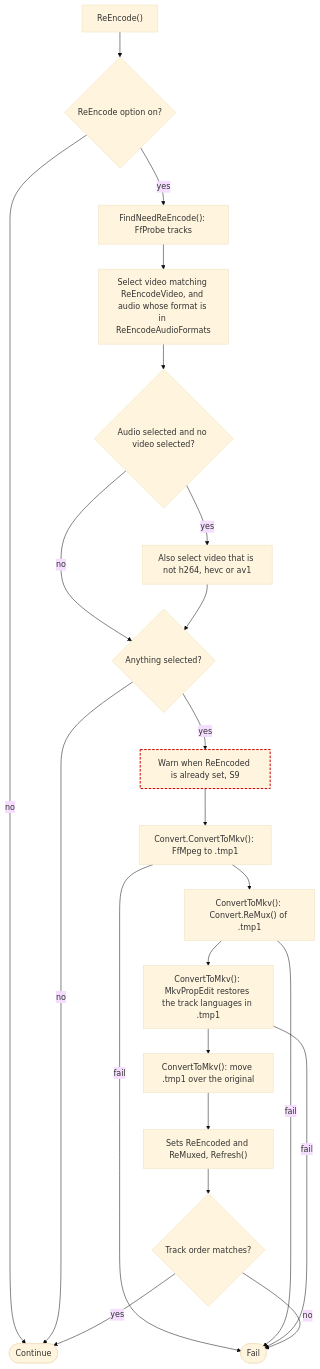
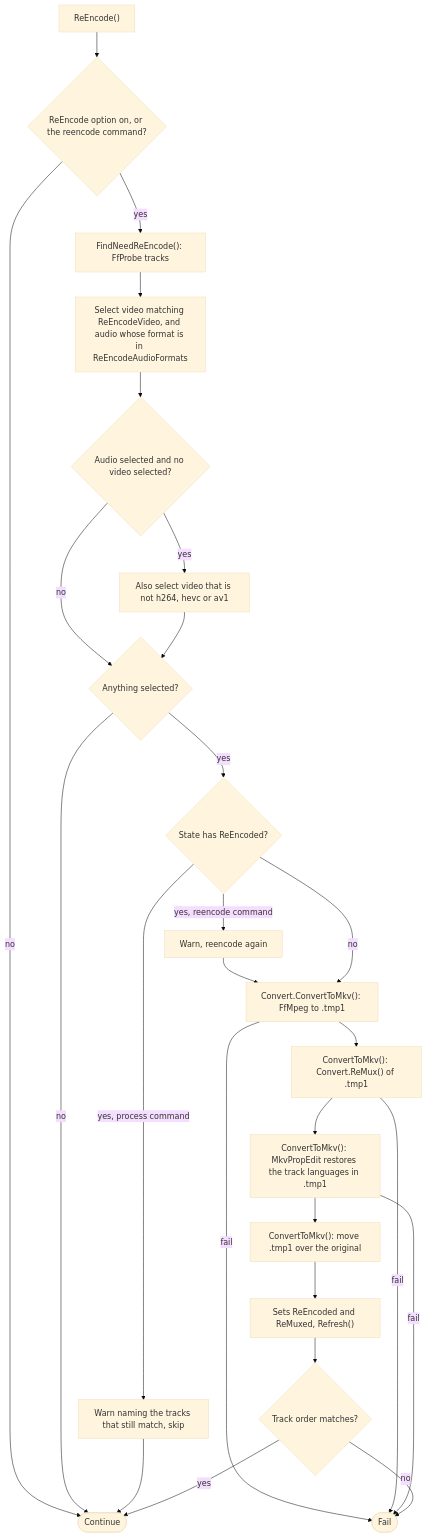
Before and after one commit to ptr727/PlexCleaner: diagram 18 of 19 in ARCHITECTURE.md, drawn with Mermaid (base theme). The commit also changed other lines of this file, not shown here.

First line of the commit message:
Redraw Fixed Branches and Split Wide Charts in ARCHITECTURE.md (#1131)

````diff
--- a/ARCHITECTURE.md
+++ b/ARCHITECTURE.md
@@ -628,25 +719,28 @@
 ```mermaid
 flowchart TD
-  A0["ReEncode()"] --> A1{"ReEncode option on?"}
+  A0["ReEncode()"] --> A1{"ReEncode option on, or the reencode command?"}
   A1 -->|no| AOK(["Continue"])
   A1 -->|yes| S0["FindNeedReEncode(): FfProbe tracks"]
   S0 --> S1["Select video matching ReEncodeVideo, and audio whose format is in ReEncodeAudioFormats"]
   S1 --> S2{"Audio selected and no video selected?"}
   S2 -->|yes| S3["Also select video that is not h264, hevc or av1"]
   S2 -->|no| S4
   S3 --> S4{"Anything selected?"}
   S4 -->|no| AOK
-  S4 -->|yes| S5["Warn when ReEncoded is already set, S9"]:::suspect
-  S5 --> C1["Convert.ConvertToMkv(): FfMpeg to .tmp1"]
+  S4 -->|yes| S5{"State has ReEncoded?"}
+  S5 -->|"yes, process command"| SKIP["Warn naming the tracks that still match, skip"]
+  SKIP --> AOK
+  S5 -->|"yes, reencode command"| AGAIN["Warn, reencode again"]
+  AGAIN --> C1
+  S5 -->|no| C1["Convert.ConvertToMkv(): FfMpeg to .tmp1"]
   C1 -->|fail| FAIL(["Fail"])
   C1 --> C2["ConvertToMkv(): Convert.ReMux() of .tmp1"]
   C2 -->|fail| FAIL
   C2 --> C3["ConvertToMkv(): MkvPropEdit restores the track languages in .tmp1"]
   C3 -->|fail| FAIL
   C3 --> C6["ConvertToMkv(): move .tmp1 over the original"]
   C6 --> C4["Sets ReEncoded and ReMuxed, Refresh()"]
   C4 --> C5{"Track order matches?"}
   C5 -->|no| FAIL
   C5 -->|yes| AOK
-  classDef suspect stroke:#c00,stroke-width:2px,stroke-dasharray:5 3
 ```
````
